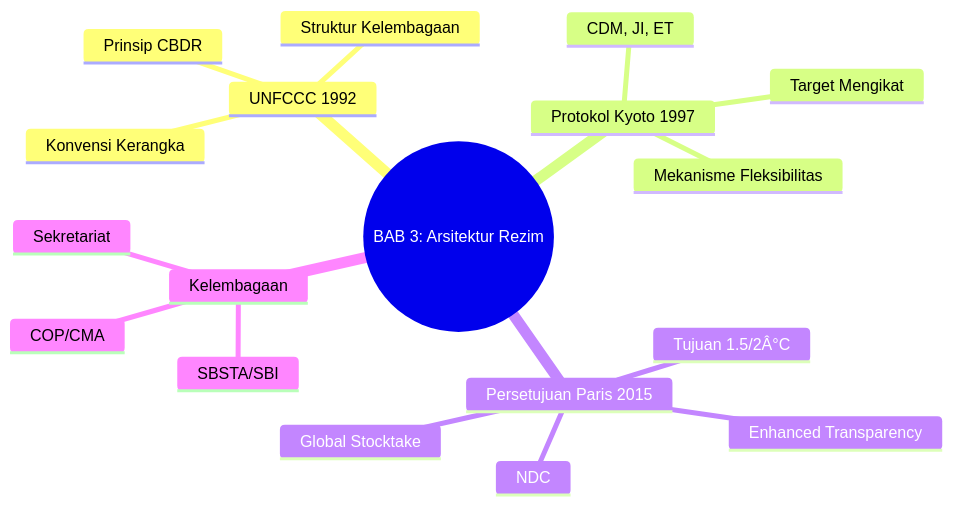
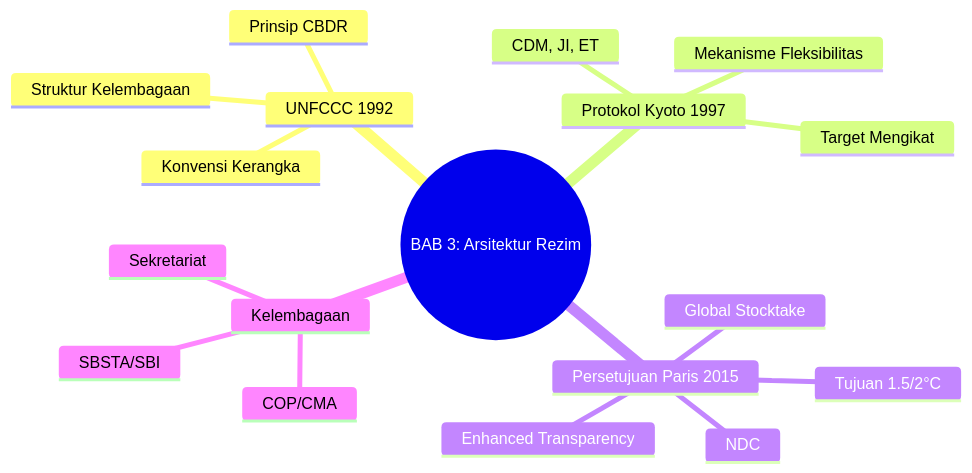
The second of 5 diagrams in content/06-PerubahanIklim/BAB 3 -- Arsitektur Rezim Iklim Internasional --.md (movanet/mova-quartz), drawn with Mermaid before and after one commit. The commit also changed other lines of this file and 39 other files, not shown here.

````diff
--- a/content/06-PerubahanIklim/BAB 3 -- Arsitektur Rezim Iklim Internasional --.md
+++ b/content/06-PerubahanIklim/BAB 3 -- Arsitektur Rezim Iklim Internasional --.md
@@ -58,21 +63,21 @@
 ```mermaid
 mindmap
   root((BAB 3: Arsitektur Rezim))
     UNFCCC 1992
       Konvensi Kerangka
       Prinsip CBDR
       Struktur Kelembagaan
     Protokol Kyoto 1997
       Target Mengikat
       Mekanisme Fleksibilitas
       CDM, JI, ET
     Persetujuan Paris 2015
-      Tujuan 1.5/2Â°C
+      Tujuan 1.5/2°C
       NDC
       Global Stocktake
       Enhanced Transparency
     Kelembagaan
       COP/CMA
       SBSTA/SBI
       Sekretariat
 ```
````
